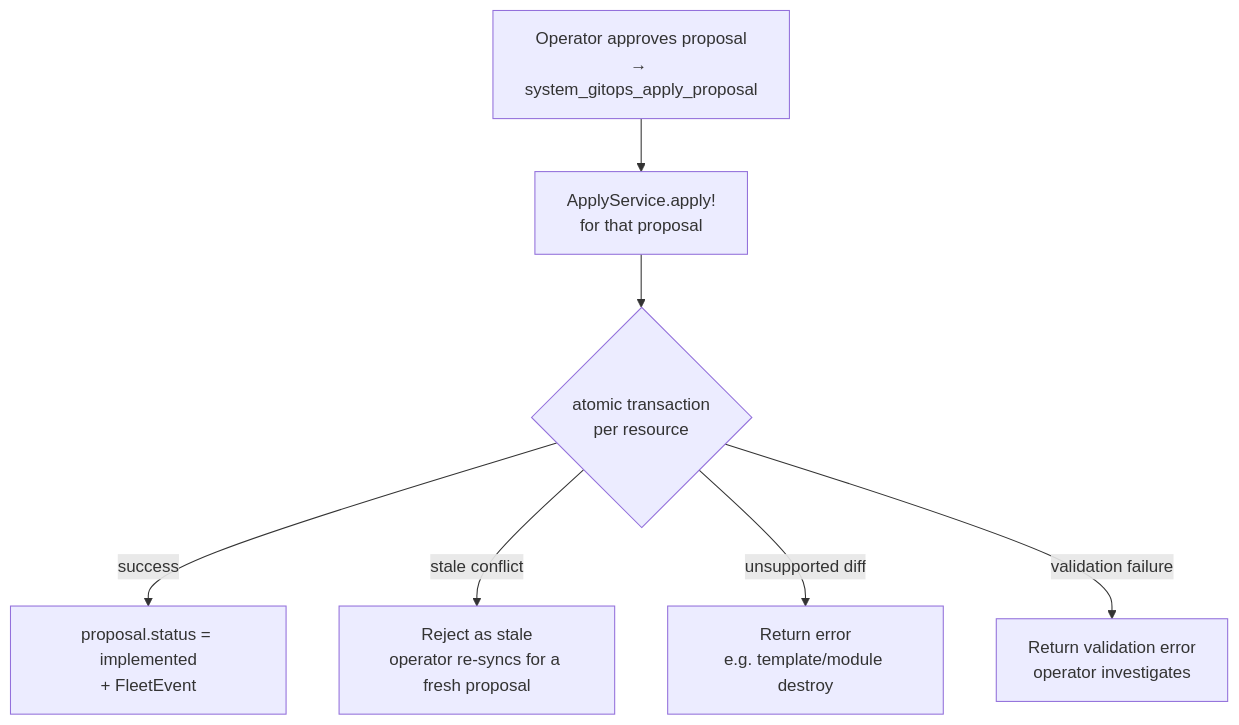
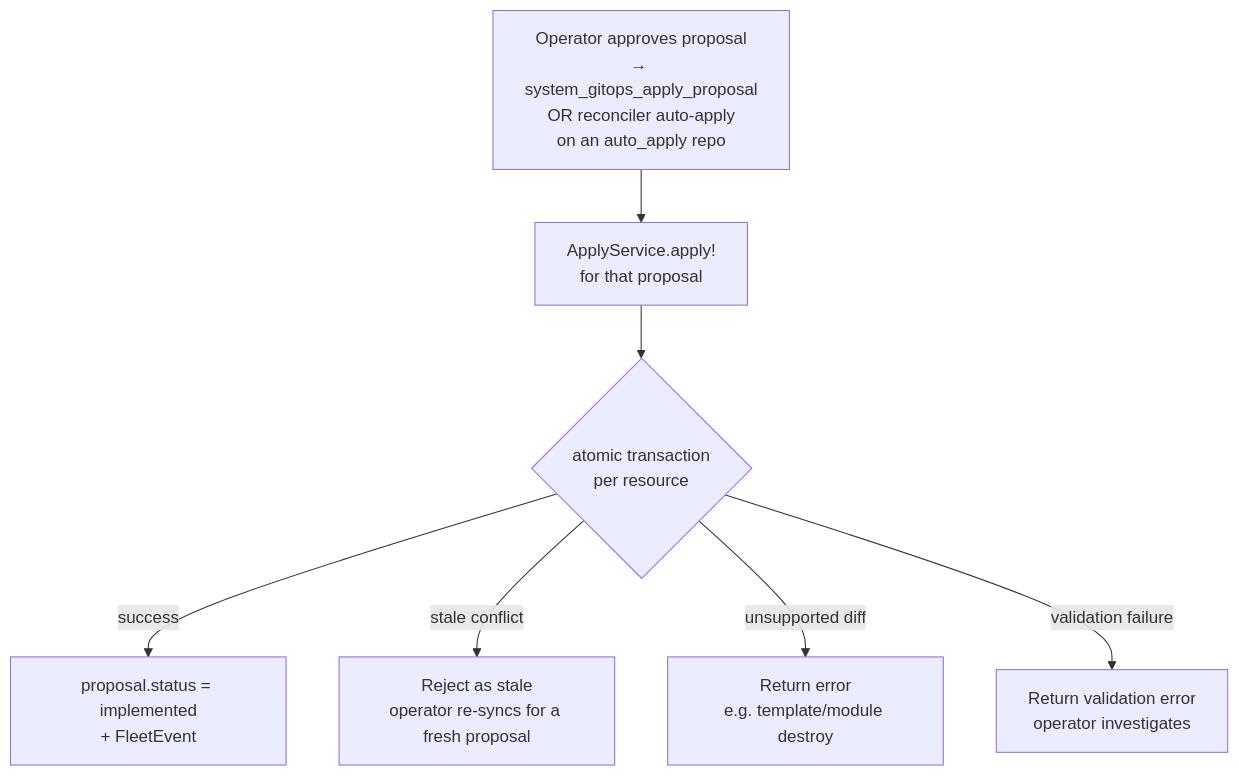
Before and after one commit to nodealchemy/powernode-system: the second of 2 diagrams in docs/runbooks/gitops-reconciliation.md, drawn with Mermaid. The commit also changed other lines of this file and 4 other files, not shown here.

First line of the commit message:
feat(gitops): wire auto-apply with safety gates

````diff
--- a/docs/runbooks/gitops-reconciliation.md
+++ b/docs/runbooks/gitops-reconciliation.md
@@ -220,9 +235,9 @@
 ```mermaid
 flowchart TD
-    Approve[Operator approves proposal<br/>→ system_gitops_apply_proposal] --> Apply[ApplyService.apply!<br/>for that proposal]
+    Approve[Operator approves proposal<br/>→ system_gitops_apply_proposal<br/>OR reconciler auto-apply<br/>on an auto_apply repo] --> Apply[ApplyService.apply!<br/>for that proposal]
     Apply --> TXN{atomic transaction<br/>per resource}
     TXN -->|success| Mark[proposal.status = implemented<br/>+ FleetEvent]
     TXN -->|stale conflict| Stale[Reject as stale<br/>operator re-syncs for a fresh proposal]
     TXN -->|unsupported diff| Unsup[Return error<br/>e.g. template/module destroy]
     TXN -->|validation failure| Fail[Return validation error<br/>operator investigates]
 ```
````
